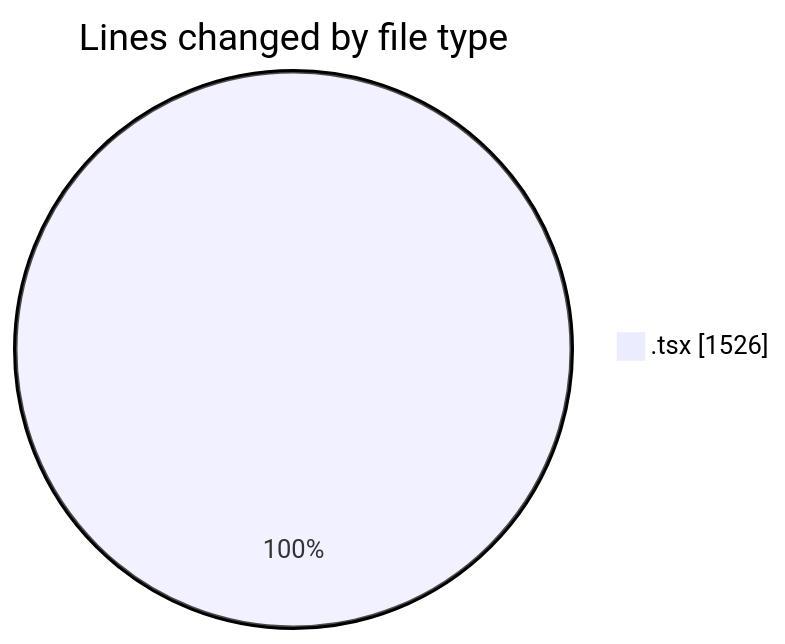
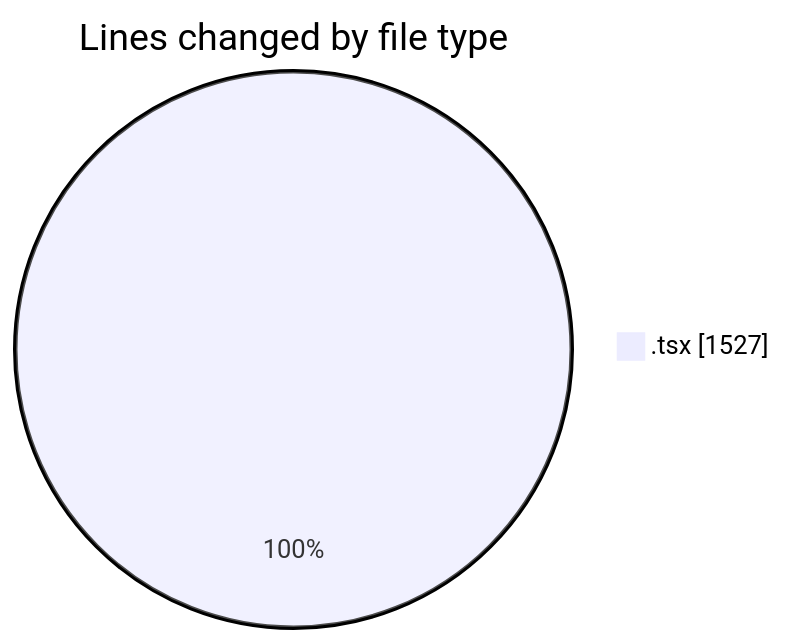
Before and after one commit to nxtqubesakshisongat/code-tracking: the first of 2 diagrams in 2026-03-30/nxtqube_webapp/README.md, drawn with Mermaid. The commit also changed other lines of this file and 1 other file, not shown here.

````diff
--- a/2026-03-30/nxtqube_webapp/README.md
+++ b/2026-03-30/nxtqube_webapp/README.md
@@ -22,5 +22,5 @@
 ```mermaid
 pie showData
 title Lines changed by file type
-".tsx" : 1526
+".tsx" : 1527
 ```
````
